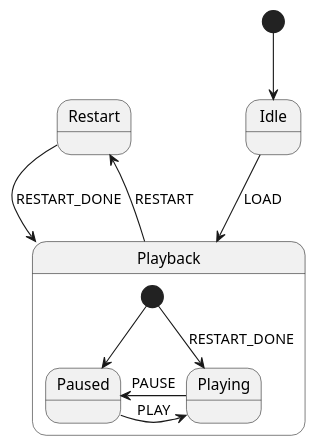
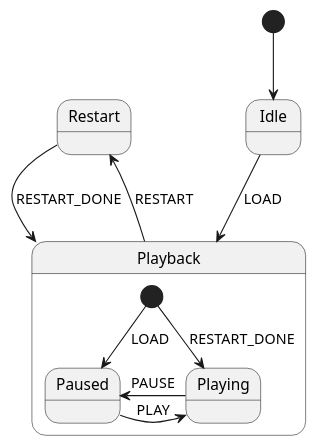
The diagram in source/features/substates/substates_cond_entries.pu (igor-krechetov/hsmcpp-doc), drawn with PlantUML before and after one commit. The commit also changed 23 other files, not shown here.

```diff
--- a/source/features/substates/substates_cond_entries.pu
+++ b/source/features/substates/substates_cond_entries.pu
@@ -1,15 +1,15 @@
 @startuml
 
 [*] --> Idle
 Idle --> Playback: LOAD
 Playback --> Restart: RESTART
 Restart -> Playback: RESTART_DONE
 
 state Playback {
-    [*] --> Paused
+    [*] --> Paused: LOAD
     [*] --> Playing: RESTART_DONE
     Paused -right-> Playing: PLAY
     Playing -left-> Paused: PAUSE
 }
 
 @enduml
```
